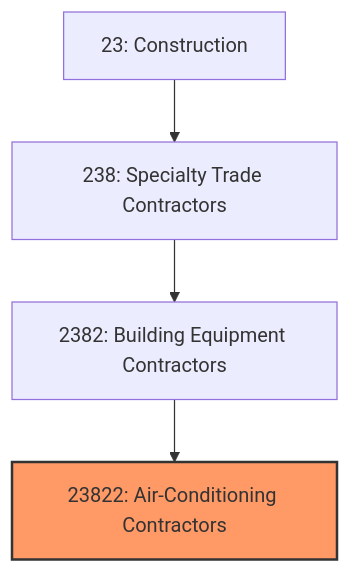
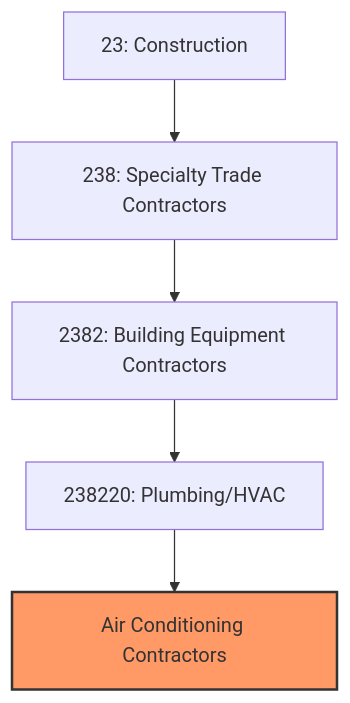
Before and after one commit to kziemski/business.org.ai: the first of 3 diagrams in industries/Construction/SpecialtyTradeContractors/BuildingEquipmentContractors/AirconditioningContractors.mdx, drawn with Mermaid. The commit also changed other lines of this file and 20 other files, not shown here.

````diff
--- a/industries/Construction/SpecialtyTradeContractors/BuildingEquipmentContractors/AirconditioningContractors.mdx
+++ b/industries/Construction/SpecialtyTradeContractors/BuildingEquipmentContractors/AirconditioningContractors.mdx
@@ -20,8 +36,9 @@
 ```mermaid
 graph TD
     S23["23: Construction"]
     S23 --> N238["238: Specialty Trade Contractors"]
     N238 --> N2382["2382: Building Equipment Contractors"]
-    N2382 --> N23822["23822: Air-Conditioning Contractors"]
-    style N23822 fill:#f96,stroke:#333,stroke-width:2px
+    N2382 --> N238220["238220: Plumbing/HVAC"]
+    N238220 --> AC["Air Conditioning Contractors"]
+    style AC fill:#f96,stroke:#333,stroke-width:2px
 ```
````
